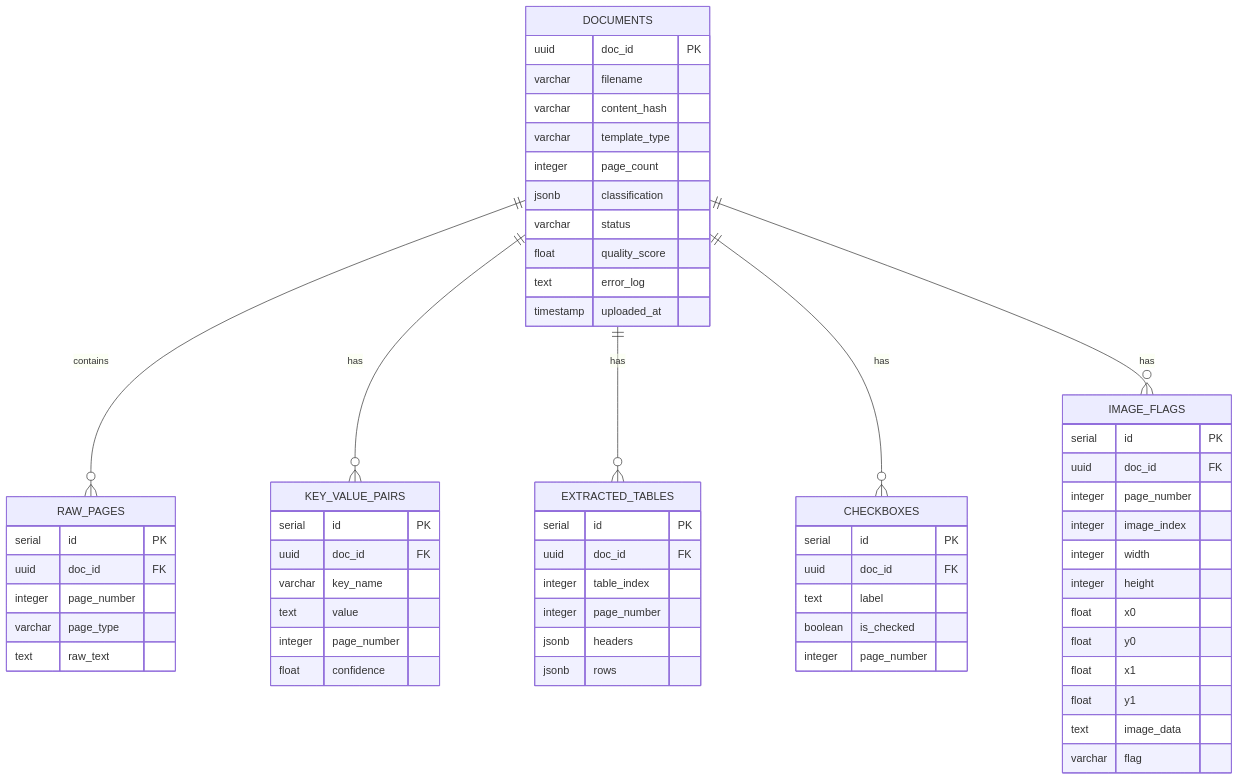
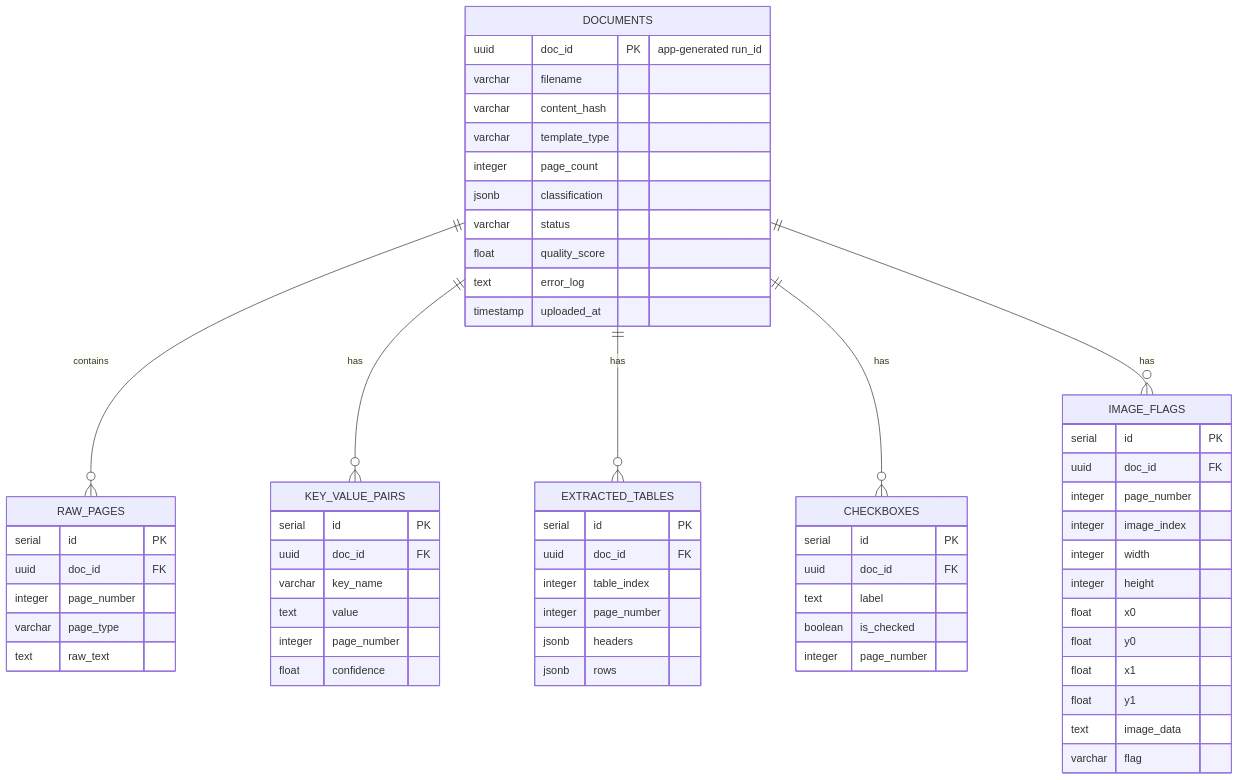
One commit to neogi5043/Unstra_Ingestor changed the second of 2 diagrams in technical_documentation.md. Above: the diagram before and after it, drawn with Mermaid. The commit also changed other lines of this file and 16 other files, not shown here.

````diff
--- a/technical_documentation.md
+++ b/technical_documentation.md
@@ -217,70 +232,70 @@
 ```mermaid
 erDiagram
     DOCUMENTS ||--o{ RAW_PAGES : contains
     DOCUMENTS ||--o{ KEY_VALUE_PAIRS : has
     DOCUMENTS ||--o{ EXTRACTED_TABLES : has
     DOCUMENTS ||--o{ CHECKBOXES : has
     DOCUMENTS ||--o{ IMAGE_FLAGS : has
 
     DOCUMENTS {
-        uuid doc_id PK
+        uuid doc_id PK "app-generated run_id"
         varchar filename
         varchar content_hash
         varchar template_type
         integer page_count
         jsonb classification
         varchar status
         float quality_score
         text error_log
         timestamp uploaded_at
     }
     
     RAW_PAGES {
         serial id PK
         uuid doc_id FK
         integer page_number
         varchar page_type
         text raw_text
     }
     
     KEY_VALUE_PAIRS {
         serial id PK
         uuid doc_id FK
         varchar key_name
         text value
         integer page_number
         float confidence
     }
     
     EXTRACTED_TABLES {
         serial id PK
         uuid doc_id FK
         integer table_index
         integer page_number
         jsonb headers
         jsonb rows
     }
     
     CHECKBOXES {
         serial id PK
         uuid doc_id FK
         text label
         boolean is_checked
         integer page_number
     }
 
     IMAGE_FLAGS {
         serial id PK
         uuid doc_id FK
         integer page_number
         integer image_index
         integer width
         integer height
         float x0
         float y0
         float x1
         float y1
         text image_data
         varchar flag
     }
 ```
````
